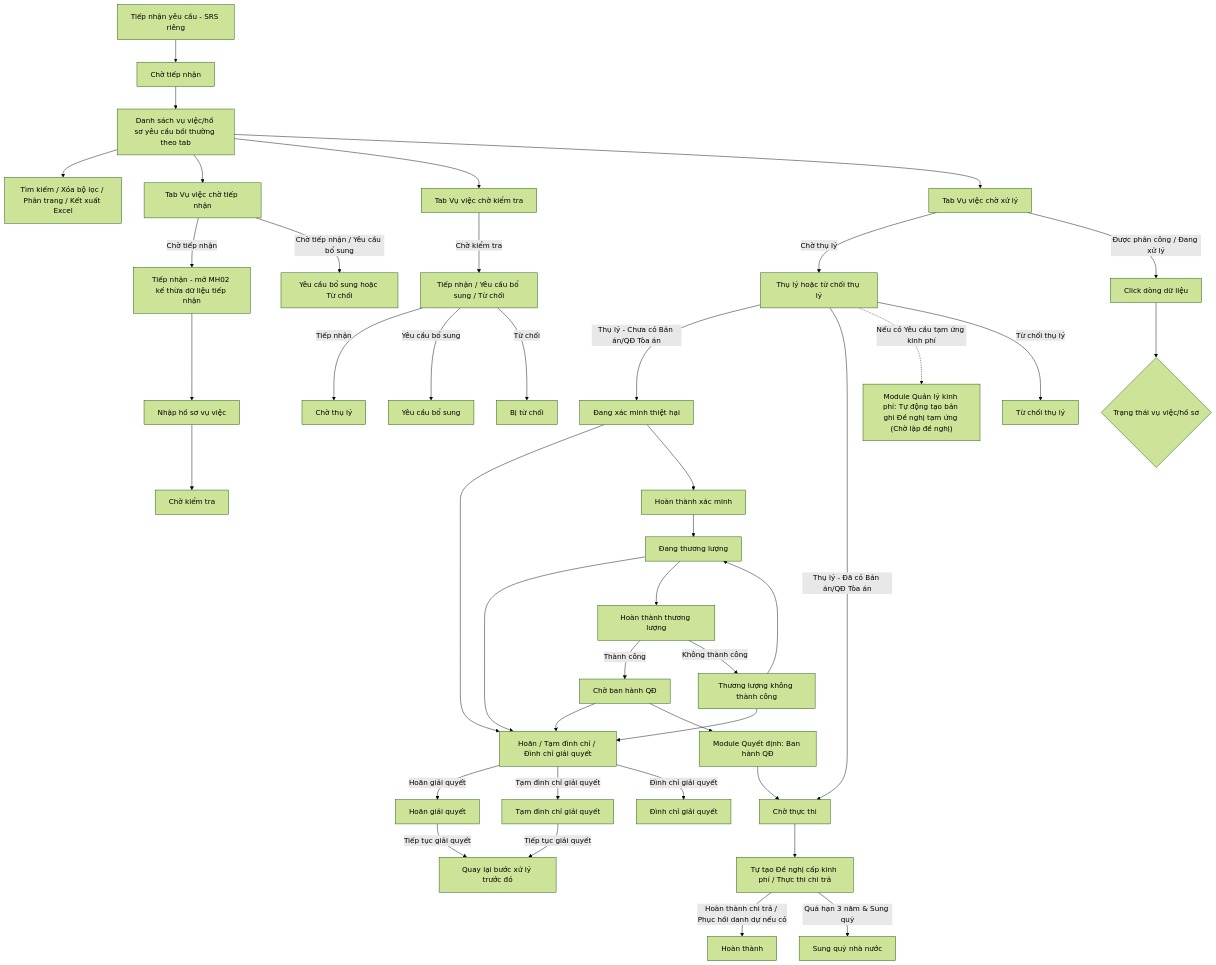
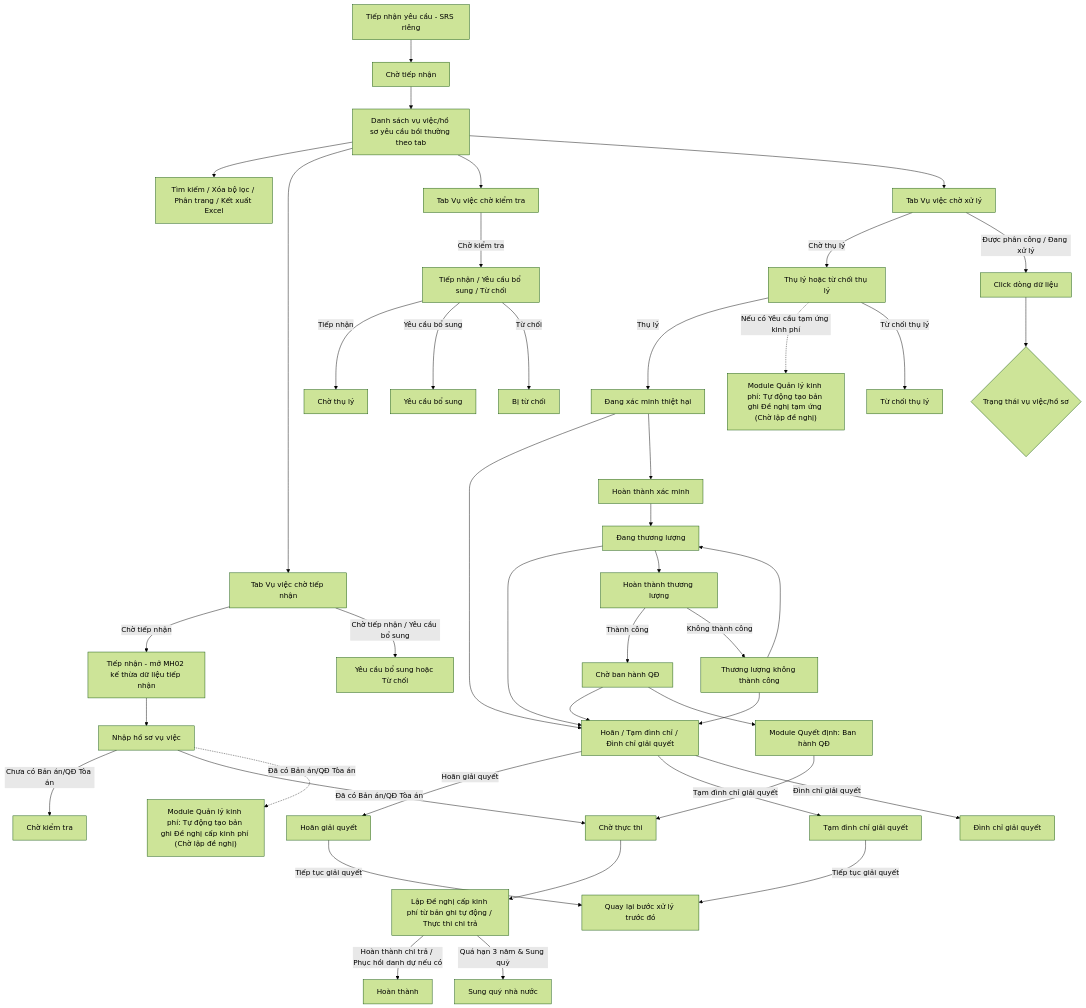
Before and after one commit to huyendt2007/BPBD_UI: the diagram in Tai lieu phan tich/03_Website_Quan_tri/03_Cong_tac_boi_thuong/SRS_BTNN_GiaiQuyetBT_GiaiQuyet_YCBT.md, drawn with Mermaid (forest theme). The commit also changed other lines of this file and 6 other files, not shown here.

Commit message:
Cap nhat luong YCBT co ban an sang Cho thuc thi, dong bo module kinh phi va hoan thien bao cao TT08

````diff
--- a/Tai lieu phan tich/03_Website_Quan_tri/03_Cong_tac_boi_thuong/SRS_BTNN_GiaiQuyetBT_GiaiQuyet_YCBT.md
+++ b/Tai lieu phan tich/03_Website_Quan_tri/03_Cong_tac_boi_thuong/SRS_BTNN_GiaiQuyetBT_GiaiQuyet_YCBT.md
@@ -31,44 +31,45 @@
 ```mermaid
 flowchart TD
     A[Danh sách vụ việc/hồ sơ yêu cầu bồi thường theo tab] --> B[Tìm kiếm / Xóa bộ lọc / Phân trang / Kết xuất Excel]
     TN[Tiếp nhận yêu cầu - SRS riêng] --> D["Chờ tiếp nhận"]
     D --> A
     A --> T1[Tab Vụ việc chờ tiếp nhận]
     A --> T2[Tab Vụ việc chờ kiểm tra]
     A --> T3[Tab Vụ việc chờ xử lý]
     T1 -->|"Chờ tiếp nhận"| E1[Tiếp nhận - mở MH02 kế thừa dữ liệu tiếp nhận]
     T1 -->|"Chờ tiếp nhận / Yêu cầu bổ sung"| E2[Yêu cầu bổ sung hoặc Từ chối]
     E1 --> E[Nhập hồ sơ vụ việc]
     T2 -->|"Chờ kiểm tra"| I[Tiếp nhận / Yêu cầu bổ sung / Từ chối]
     T3 -->|"Chờ thụ lý"| M[Thụ lý hoặc từ chối thụ lý]
     T3 -->|"Được phân công / Đang xử lý"| G[Click dòng dữ liệu]
     G --> H{Trạng thái vụ việc/hồ sơ}
-    E --> F["Chờ kiểm tra"]
+    E -->|"Chưa có Bản án/QĐ Tòa án"| F["Chờ kiểm tra"]
+    E -->|"Đã có Bản án/QĐ Tòa án"| V["Chờ thực thi"]
+    E -.->|"Đã có Bản án/QĐ Tòa án"| M2["Module Quản lý kinh phí: Tự động tạo bản ghi Đề nghị cấp kinh phí (Chờ lập đề nghị)"]
     I -->|"Tiếp nhận"| J["Chờ thụ lý"]
     I -->|"Yêu cầu bổ sung"| K["Yêu cầu bổ sung"]
     I -->|"Từ chối"| L["Bị từ chối"]
-    M -->|"Thụ lý - Chưa có Bản án/QĐ Tòa án"| N["Đang xác minh thiệt hại"]
-    M -->|"Thụ lý - Đã có Bản án/QĐ Tòa án"| V["Chờ thực thi"]
+    M -->|"Thụ lý"| N["Đang xác minh thiệt hại"]
     M -.->|"Nếu có Yêu cầu tạm ứng kinh phí"| M1["Module Quản lý kinh phí: Tự động tạo bản ghi Đề nghị tạm ứng (Chờ lập đề nghị)"]
     M -->|"Từ chối thụ lý"| O["Từ chối thụ lý"]
-    V --> V1[Tự tạo Đề nghị cấp kinh phí / Thực thi chi trả]
+    V --> V1[Lập Đề nghị cấp kinh phí từ bản ghi tự động / Thực thi chi trả]
     V1 -->|"Hoàn thành chi trả / Phục hồi danh dự nếu có"| X["Hoàn thành"]
     V1 -->|"Quá hạn 3 năm & Sung quỹ"| SQ["Sung quỹ nhà nước"]
     N --> Y[Hoãn / Tạm đình chỉ / Đình chỉ giải quyết]
     Q --> Y
     T --> Y
     S --> Y
     Y -->|"Hoãn giải quyết"| Y1["Hoãn giải quyết"]
     Y -->|"Tạm đình chỉ giải quyết"| Y2["Tạm đình chỉ giải quyết"]
     Y -->|"Đình chỉ giải quyết"| Y3["Đình chỉ giải quyết"]
     Y1 -->|"Tiếp tục giải quyết"| Z[Quay lại bước xử lý trước đó]
     Y2 -->|"Tiếp tục giải quyết"| Z
     N --> P[Hoàn thành xác minh]
     P --> Q["Đang thương lượng"]
     Q --> R[Hoàn thành thương lượng]
     R -->|"Thành công"| S["Chờ ban hành QĐ"]
     R -->|"Không thành công"| T["Thương lượng không thành công"]
     T --> Q
     S --> U[Module Quyết định: Ban hành QĐ]
     U --> V
 ```
````
